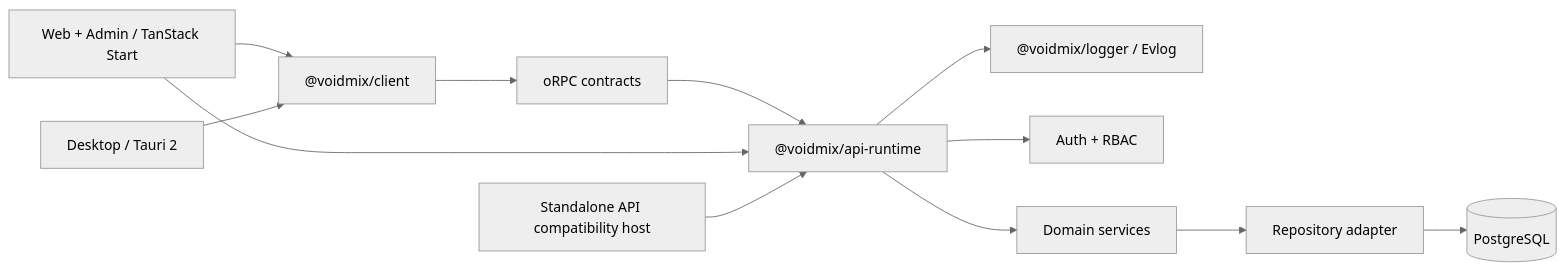
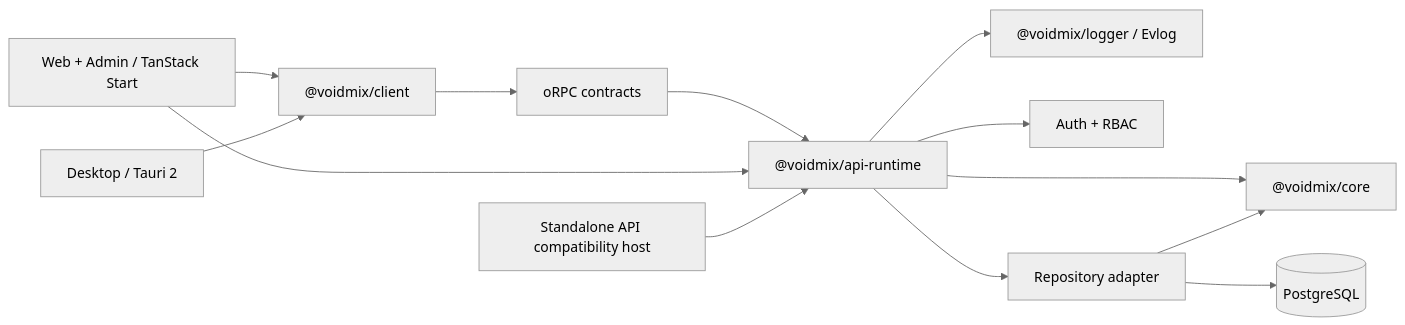
Before and after one commit to voidmix/voidmix: the diagram in docs/architecture/README.md, drawn with Mermaid (neutral theme). The commit also changed other lines of this file and 49 other files, not shown here.

Commit message:
refactor(api): introduce core modules and auth context

````diff
--- a/docs/architecture/README.md
+++ b/docs/architecture/README.md
@@ -23,14 +23,15 @@
 ```mermaid
 flowchart LR
   web["Web + Admin / TanStack Start"] --> client["@voidmix/client"]
   desktop["Desktop / Tauri 2"] --> client
   client --> rpc["oRPC contracts"]
   rpc --> api["@voidmix/api-runtime"]
   web --> api
   apiHost["Standalone API compatibility host"] --> api
   api --> logger["@voidmix/logger / Evlog"]
   api --> auth["Auth + RBAC"]
-  api --> domain["Domain services"]
-  domain --> db["Repository adapter"]
+  api --> core["@voidmix/core"]
+  api --> db["Repository adapter"]
+  db --> core
   db --> postgres[("PostgreSQL")]
 ```
````
